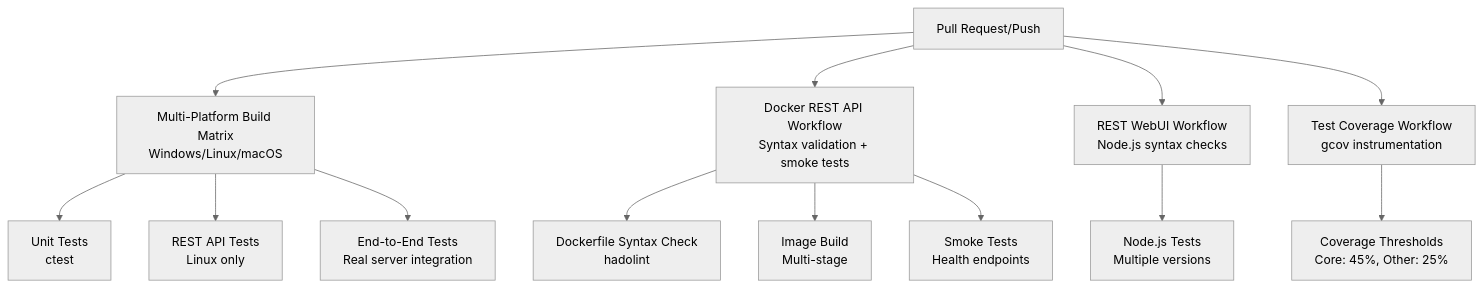
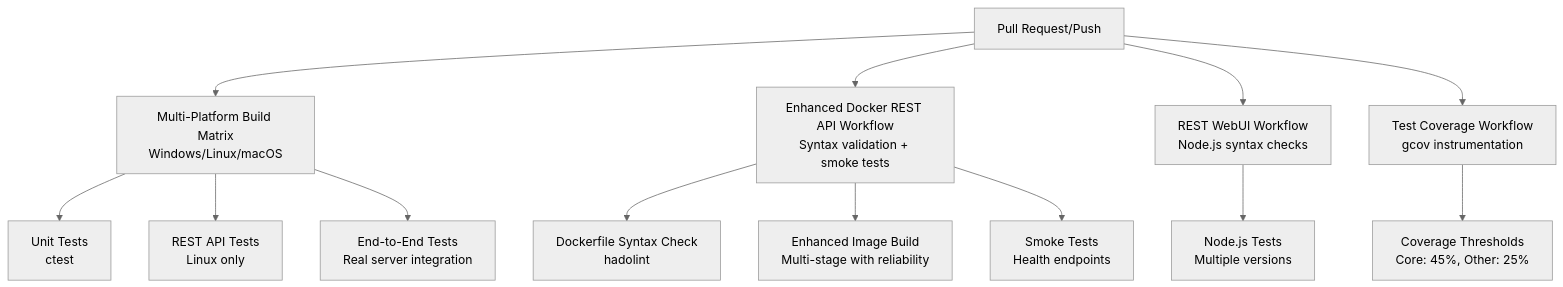
Before and after one commit to hsmbanlance/HsBaSlicer: the ninth of 9 diagrams in .qoder/repowiki/en/content/Deployment Troubleshooting & FAQ.md, drawn with Mermaid (neutral theme). The commit also changed other lines of this file and 66 other files, not shown here.

````diff
--- a/.qoder/repowiki/en/content/Deployment Troubleshooting & FAQ.md
+++ b/.qoder/repowiki/en/content/Deployment Troubleshooting & FAQ.md
@@ -387,15 +440,15 @@
 ```mermaid
 flowchart TD
 PR["Pull Request/Push"] --> Matrix["Multi-Platform Build Matrix<br/>Windows/Linux/macOS"]
-PR --> Docker["Docker REST API Workflow<br/>Syntax validation + smoke tests"]
+PR --> Docker["Enhanced Docker REST API Workflow<br/>Syntax validation + smoke tests"]
 PR --> WebUI["REST WebUI Workflow<br/>Node.js syntax checks"]
 PR --> Coverage["Test Coverage Workflow<br/>gcov instrumentation"]
 Matrix --> Tests["Unit Tests<br/>ctest"]
 Matrix --> RestAPI["REST API Tests<br/>Linux only"]
 Matrix --> E2E["End-to-End Tests<br/>Real server integration"]
 Docker --> Lint["Dockerfile Syntax Check<br/>hadolint"]
-Docker --> Build["Image Build<br/>Multi-stage"]
+Docker --> Build["Enhanced Image Build<br/>Multi-stage with reliability"]
 Docker --> Smoke["Smoke Tests<br/>Health endpoints"]
 WebUI --> NodeTests["Node.js Tests<br/>Multiple versions"]
 Coverage --> Gates["Coverage Thresholds<br/>Core: 45%, Other: 25%"]
 ```
````
